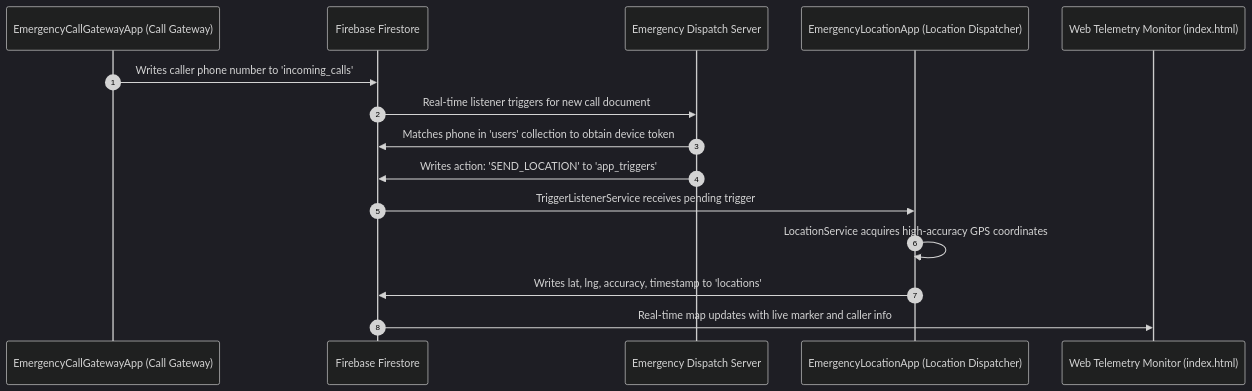
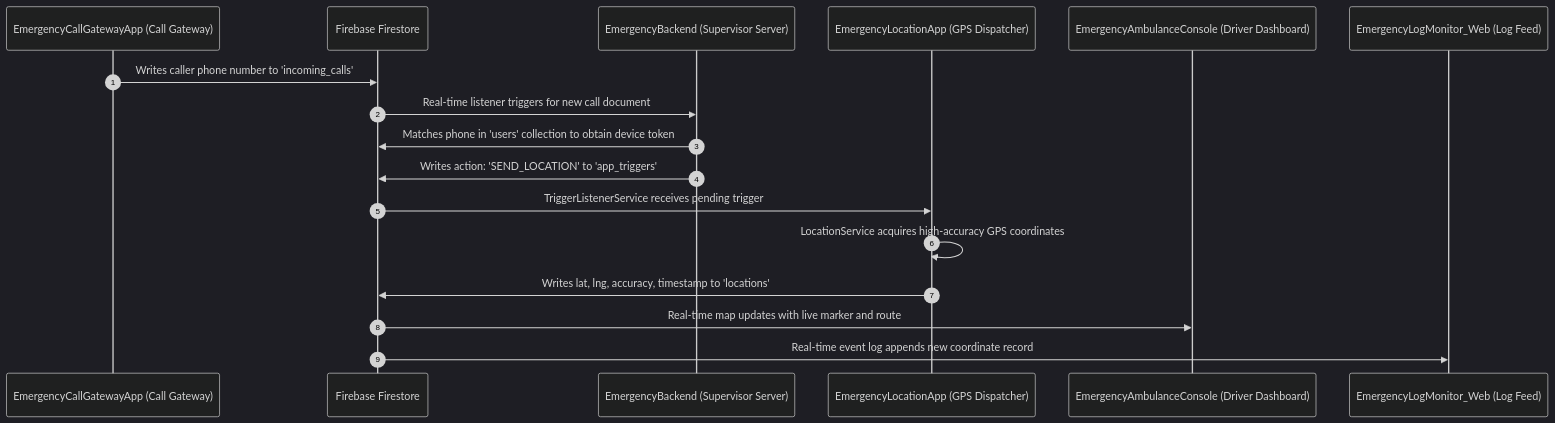
One commit to shivamani-code/ERS changed the diagram in README.md. Above: the diagram before and after it, drawn with Mermaid (dark theme). The commit also changed other lines of this file and 13 other files, not shown here.

Commit message:
Add EmergencyAmbulanceConsole, EmergencyBackend, and EmergencyLogMonitor_Web components

````diff
--- a/README.md
+++ b/README.md
@@ -60,18 +45,20 @@
 ```mermaid
 sequenceDiagram
     autonumber
     participant CallerApp as EmergencyCallGatewayApp (Call Gateway)
     participant Firestore as Firebase Firestore
-    participant Backend as Emergency Dispatch Server
-    participant LocApp as EmergencyLocationApp (Location Dispatcher)
-    participant Dashboard as Web Telemetry Monitor (index.html)
+    participant Backend as EmergencyBackend (Supervisor Server)
+    participant LocApp as EmergencyLocationApp (GPS Dispatcher)
+    participant AmbConsole as EmergencyAmbulanceConsole (Driver Dashboard)
+    participant LogMonitor as EmergencyLogMonitor_Web (Log Feed)
 
     CallerApp->>Firestore: Writes caller phone number to 'incoming_calls'
     Firestore->>Backend: Real-time listener triggers for new call document
     Backend->>Firestore: Matches phone in 'users' collection to obtain device token
     Backend->>Firestore: Writes action: 'SEND_LOCATION' to 'app_triggers'
     Firestore->>LocApp: TriggerListenerService receives pending trigger
     LocApp->>LocApp: LocationService acquires high-accuracy GPS coordinates
     LocApp->>Firestore: Writes lat, lng, accuracy, timestamp to 'locations'
-    Firestore->>Dashboard: Real-time map updates with live marker and caller info
+    Firestore->>AmbConsole: Real-time map updates with live marker and route
+    Firestore->>LogMonitor: Real-time event log appends new coordinate record
 ```
````
